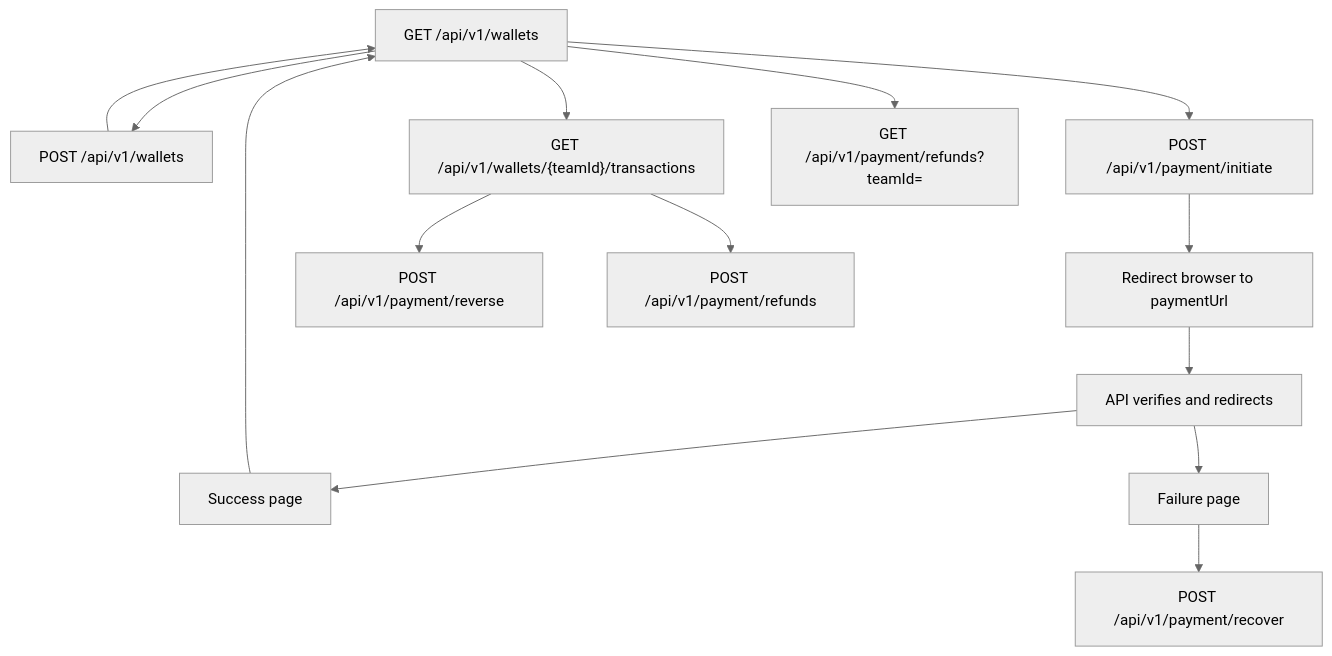
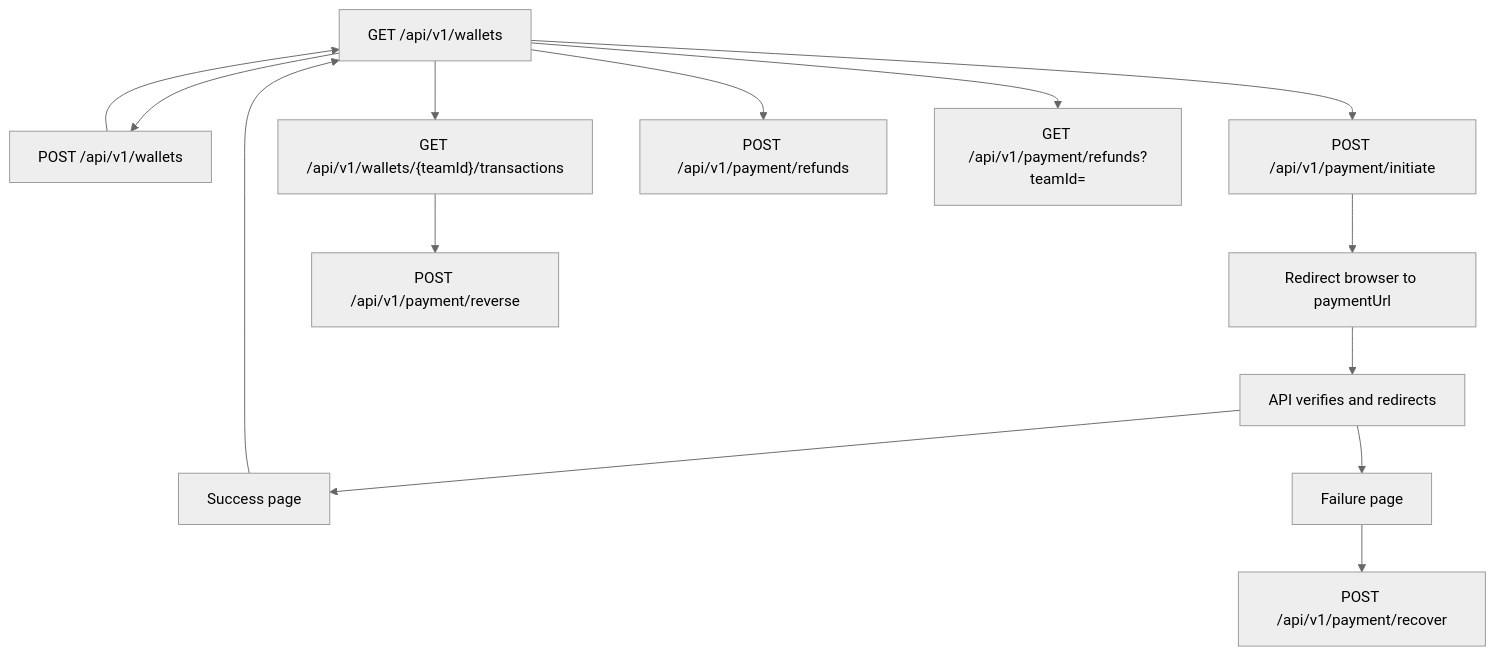
Before and after one commit to amirtaqiabadi/backend-starter-kit: the diagram in docs/frontend-wallet.md, drawn with Mermaid (neutral theme). The commit also changed other lines of this file and 20 other files, not shown here.

````diff
--- a/docs/frontend-wallet.md
+++ b/docs/frontend-wallet.md
@@ -85,16 +85,16 @@
 ```mermaid
 flowchart TD
   list["GET /api/v1/wallets"] --> create["POST /api/v1/wallets"]
   list --> charge["POST /api/v1/payment/initiate"]
   create --> list
   charge --> bank[Redirect browser to paymentUrl]
   bank --> callback[API verifies and redirects]
   callback --> success[Success page]
   callback --> failure[Failure page]
   success --> list
   failure --> recover["POST /api/v1/payment/recover"]
   list --> history["GET /api/v1/wallets/{teamId}/transactions"]
   history --> reverse["POST /api/v1/payment/reverse"]
-  history --> refund["POST /api/v1/payment/refunds"]
+  list --> refund["POST /api/v1/payment/refunds"]
   list --> refunds["GET /api/v1/payment/refunds?teamId="]
 ```
````
